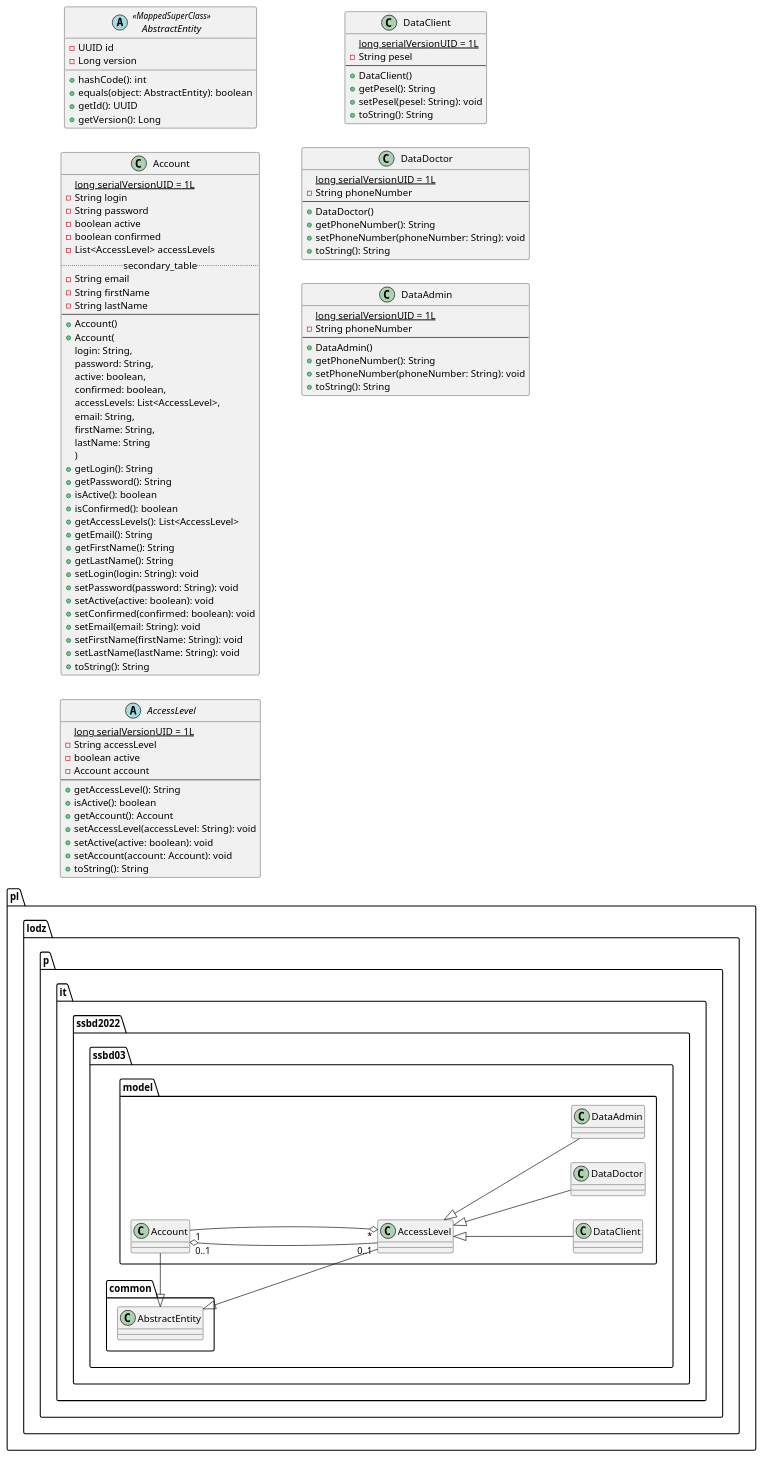
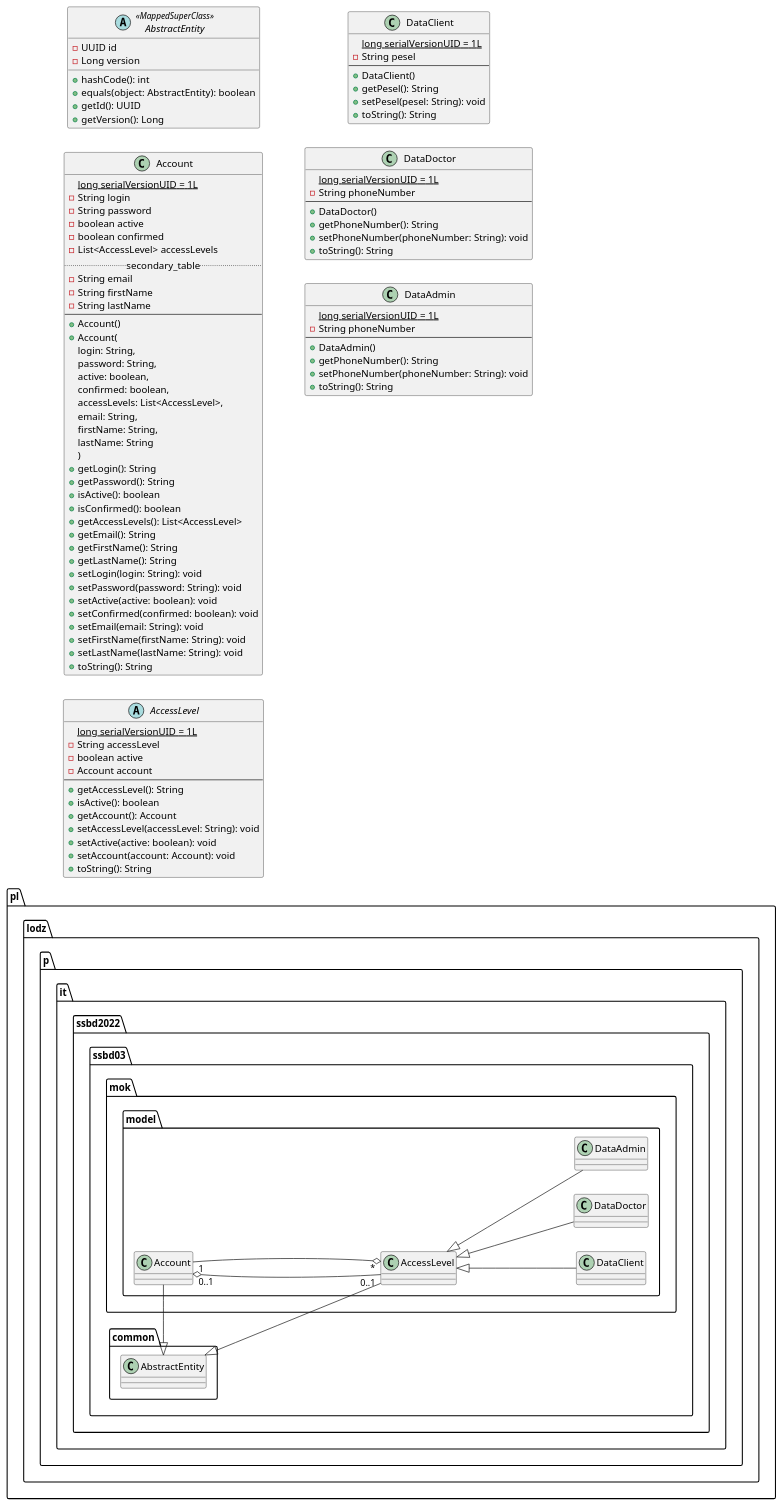
The diagram in src/rozdział 6/mok_class_model.puml (TheVivent-Politechnika-Lodzka/ssbd03_kic_uml), drawn with PlantUML before and after one commit.

Commit message:
poprawa package'a

```diff
--- a/src/rozdział 6/mok_class_model.puml
+++ b/src/rozdział 6/mok_class_model.puml
@@ -1,118 +1,118 @@
 @startuml model
 left to right direction
 
 ' to będzie trzeba przenieść do ssbd03.mok.model
-package pl.lodz.p.it.ssbd2022.ssbd03.model {
+package pl.lodz.p.it.ssbd2022.ssbd03.mok.model {
     AccessLevel "*" o-- "1" Account
     Account "0..1" o-- "0..1" AccessLevel
 
     AccessLevel <|-- DataClient
     AccessLevel <|-- DataDoctor
     AccessLevel <|-- DataAdmin
 }
 
 
 package pl.lodz.p.it.ssbd2022.ssbd03.common {
     AbstractEntity <|- Account 
     AbstractEntity <|- AccessLevel
 }
 
 
 abstract class AbstractEntity <<MappedSuperClass>> {
     -UUID id
     -Long version
 
     +hashCode(): int
     +equals(object: AbstractEntity): boolean
     +getId(): UUID
     +getVersion(): Long
 }
 
 
 class Account {
     {static} long serialVersionUID = 1L
     -String login
     -String password
     -boolean active
     -boolean confirmed
     -List<AccessLevel> accessLevels
     .. secondary_table ..
     -String email
     -String firstName
     -String lastName
     --
     +Account()
     +Account(
         login: String,
         password: String,
         active: boolean,
         confirmed: boolean,
         accessLevels: List<AccessLevel>,
         email: String,
         firstName: String,
         lastName: String
     )
     +getLogin(): String
     +getPassword(): String
     +isActive(): boolean
     +isConfirmed(): boolean
     +getAccessLevels(): List<AccessLevel>
     +getEmail(): String
     +getFirstName(): String
     +getLastName(): String
     +setLogin(login: String): void
     +setPassword(password: String): void
     +setActive(active: boolean): void
     +setConfirmed(confirmed: boolean): void
     +setEmail(email: String): void
     +setFirstName(firstName: String): void
     +setLastName(lastName: String): void
     +toString(): String
 }
 
 abstract class AccessLevel {
     {static} long serialVersionUID = 1L
     -String accessLevel
     -boolean active
     -Account account
     --
     +getAccessLevel(): String
     +isActive(): boolean
     +getAccount(): Account
     +setAccessLevel(accessLevel: String): void
     +setActive(active: boolean): void
     +setAccount(account: Account): void
     +toString(): String
 }
 
 class DataClient {
     {static} long serialVersionUID = 1L
     -String pesel
     --
     +DataClient()
     +getPesel(): String
     +setPesel(pesel: String): void
     +toString(): String
 }
 
 class DataDoctor {
     {static} long serialVersionUID = 1L
     -String phoneNumber
     --
     +DataDoctor()
     +getPhoneNumber(): String
     +setPhoneNumber(phoneNumber: String): void
     +toString(): String
 }
 
 class DataAdmin {
     {static} long serialVersionUID = 1L
     -String phoneNumber
     --
     +DataAdmin()
     +getPhoneNumber(): String
     +setPhoneNumber(phoneNumber: String): void
     +toString(): String
 }
 
 @enduml
```
